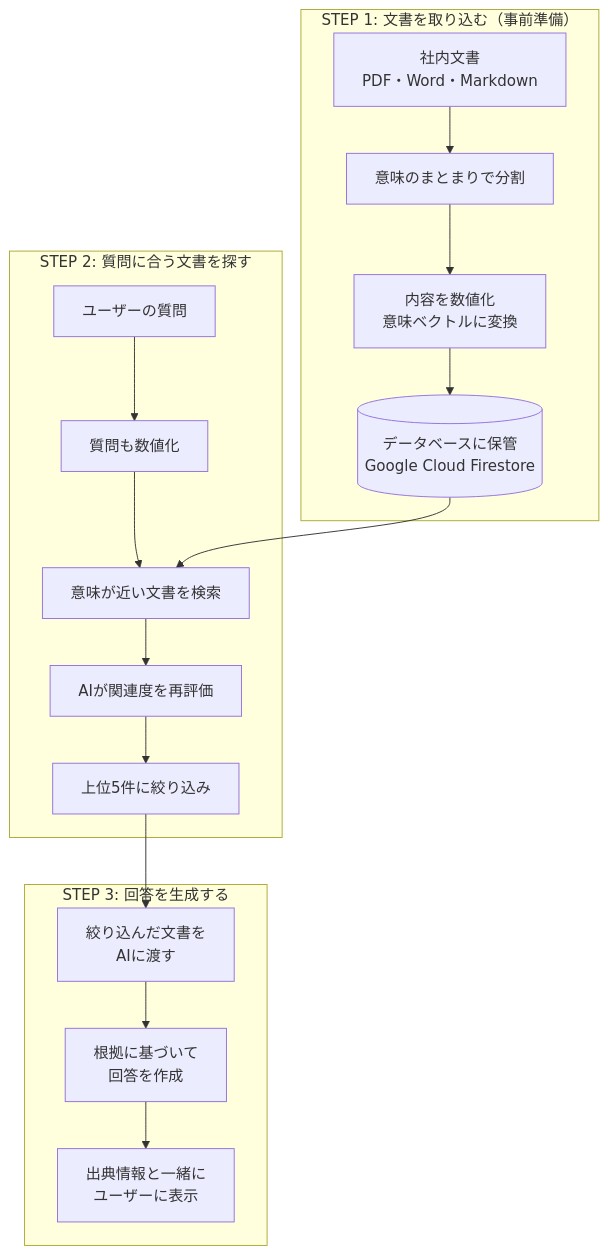
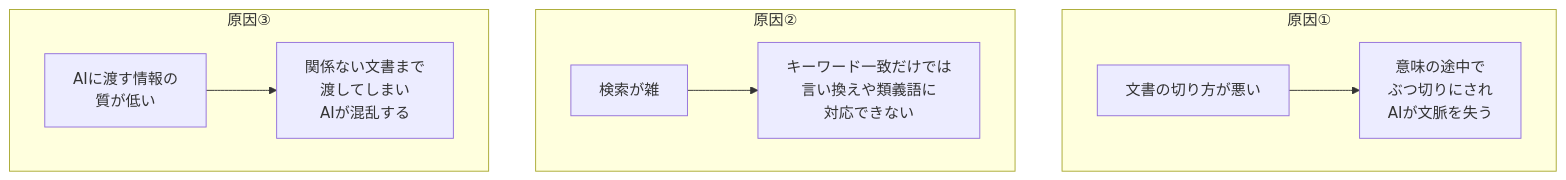
Before and after one commit to ishimori/poc_rag_gcp_public: the first of 6 diagrams in doc/presentation/20260320/project-overview.md, drawn with Mermaid. The commit also changed other lines of this file and 8 other files, not shown here.

````diff
--- a/doc/presentation/20260320/project-overview.md
+++ b/doc/presentation/20260320/project-overview.md
@@ -57,23 +30,19 @@
 ```mermaid
 graph TB
-    subgraph "STEP 1: 文書を取り込む（事前準備）"
-        A1[社内文書<br/>PDF・Word・Markdown] --> A2[意味のまとまりで分割]
-        A2 --> A3[内容を数値化<br/>意味ベクトルに変換]
-        A3 --> A4[(データベースに保管<br/>Google Cloud Firestore)]
+    subgraph "原因①"
+        A1[文書の切り方が悪い]
+        A2[意味の途中で<br/>ぶつ切りにされ<br/>AIが文脈を失う]
+    end
+    subgraph "原因②"
+        B1[検索が雑]
+        B2[キーワード一致だけでは<br/>言い換えや類義語に<br/>対応できない]
+    end
+    subgraph "原因③"
+        C1[AIに渡す情報の<br/>質が低い]
+        C2[関係ない文書まで<br/>渡してしまい<br/>AIが混乱する]
     end
 
-    subgraph "STEP 2: 質問に合う文書を探す"
-        B1[ユーザーの質問] --> B2[質問も数値化]
-        B2 --> B3[意味が近い文書を検索]
-        B3 --> B4[AIが関連度を再評価]
-        B4 --> B5[上位5件に絞り込み]
-    end
-
-    subgraph "STEP 3: 回答を生成する"
-        C1[絞り込んだ文書を<br/>AIに渡す] --> C2[根拠に基づいて<br/>回答を作成]
-        C2 --> C3[出典情報と一緒に<br/>ユーザーに表示]
-    end
-
-    A4 --> B3
-    B5 --> C1
+    A1 --> A2
+    B1 --> B2
+    C1 --> C2
 ```
````
